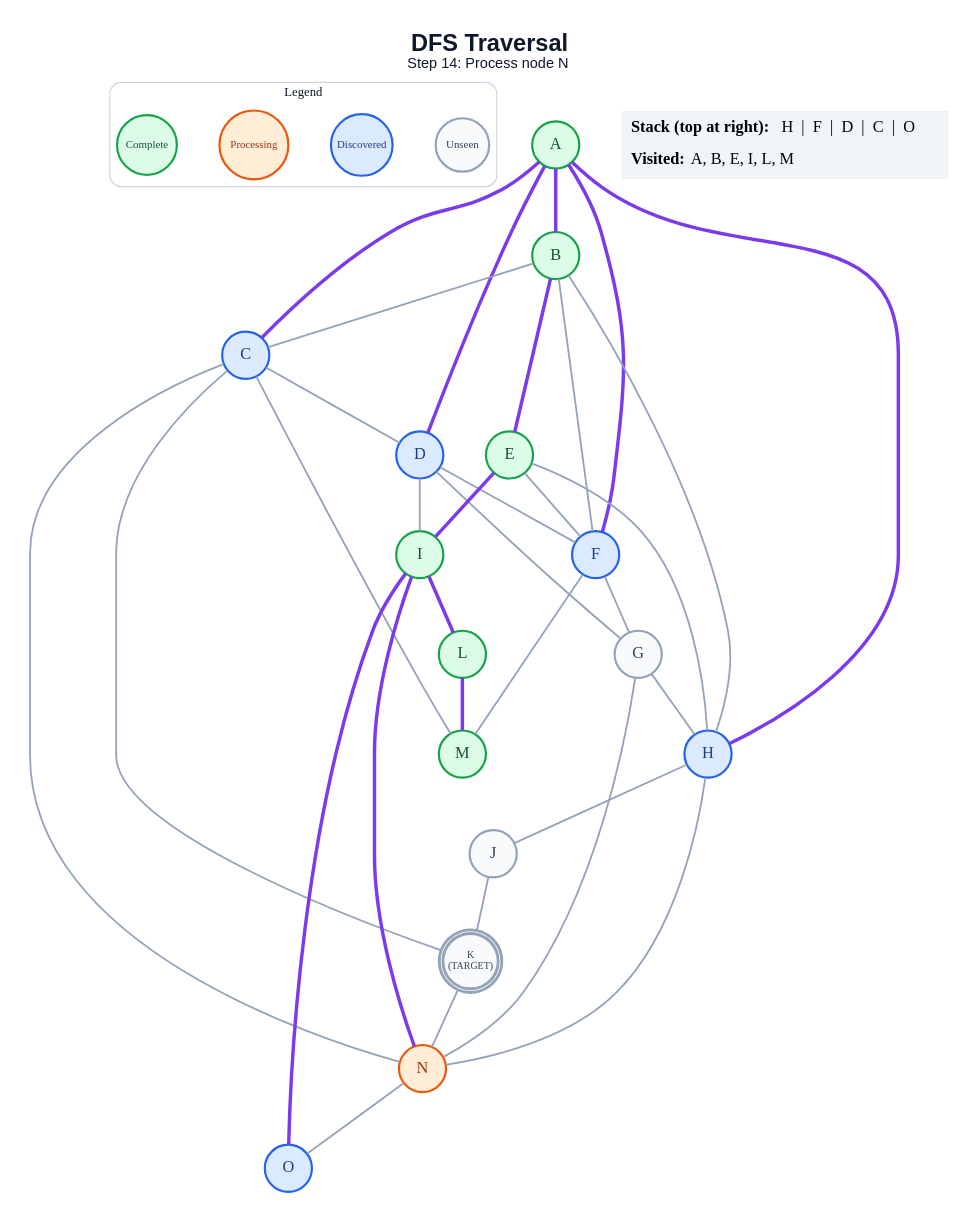
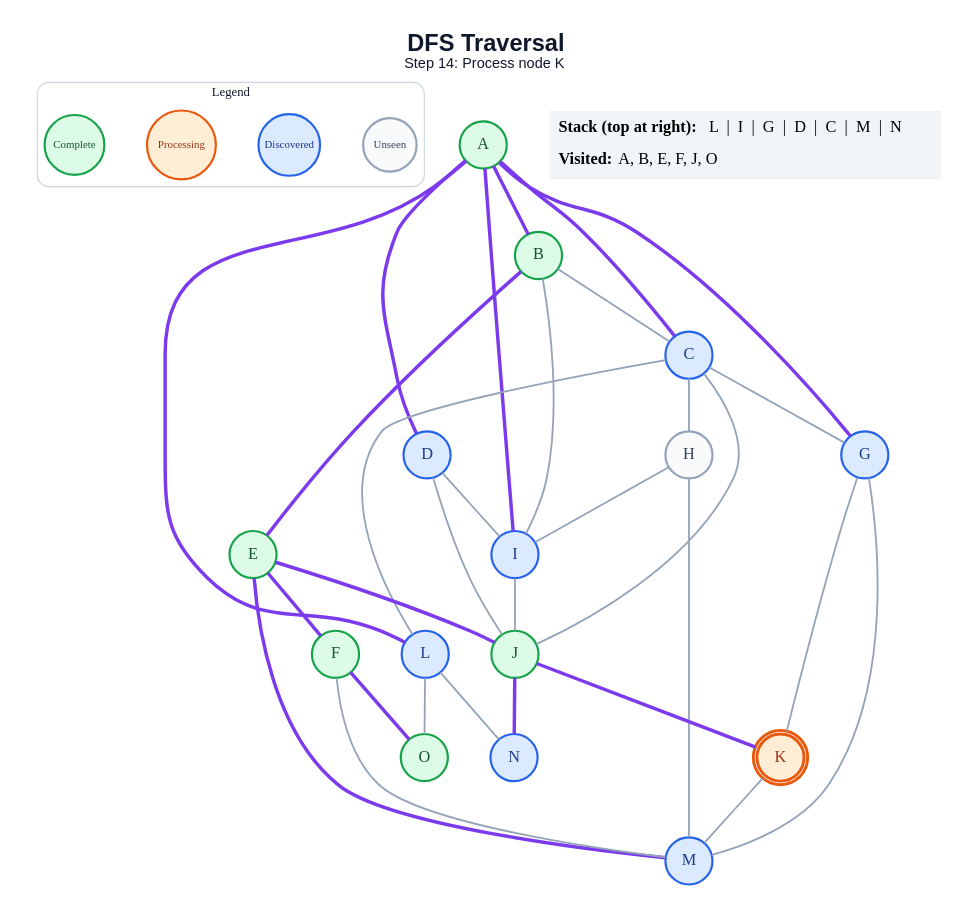
The diagram in generated/dfs/step_14.dot (anon7238593-create/ai-slop), drawn with Graphviz before and after one commit. The commit also changed 236 other files, not shown here.

```diff
--- a/generated/dfs/step_14.dot
+++ b/generated/dfs/step_14.dot
@@ -1,66 +1,64 @@
 graph traversal {
   graph [layout=dot, rankdir=TB, bgcolor="#FFFFFF", pad="0.35", nodesep="0.65", ranksep="0.8", fontname="Arial"];
   node [shape=circle, style="filled", fontname="Arial Bold", fontsize=18, width=0.72, fixedsize=true, penwidth=2.4];
   edge [color="#94A3B8", penwidth=2.0];
-  label=<<B>DFS Traversal</B><BR/><FONT POINT-SIZE="16">Step 14: Process node N</FONT>>; labelloc="t"; fontsize=26; fontname="Arial"; fontcolor="#0F172A";
+  label=<<B>DFS Traversal</B><BR/><FONT POINT-SIZE="16">Step 14: Process node K</FONT>>; labelloc="t"; fontsize=26; fontname="Arial"; fontcolor="#0F172A";
   subgraph cluster_legend { label="Legend"; color="#CBD5E1"; penwidth=1.2; style="rounded"; fontsize=14; fontname="Arial Bold";
     key_unseen [label="Unseen", fillcolor="#F8FAFC", color="#94A3B8", fontcolor="#334155", fontsize=12, width=0.82];
     key_frontier [label="Discovered", fillcolor="#DBEAFE", color="#2563EB", fontcolor="#1E3A8A", fontsize=12, width=0.95];
     key_current [label="Processing", fillcolor="#FFEDD5", color="#EA580C", fontcolor="#9A3412", fontsize=12, width=1.05];
     key_done [label="Complete", fillcolor="#DCFCE7", color="#16A34A", fontcolor="#14532D", fontsize=12, width=0.92];
     { rank=same; key_unseen; key_frontier; key_current; key_done; }
   }
   A [label="A", fillcolor="#DCFCE7", color="#16A34A", fontcolor="#14532D", peripheries=1, penwidth=2.4];
   B [label="B", fillcolor="#DCFCE7", color="#16A34A", fontcolor="#14532D", peripheries=1, penwidth=2.4];
   C [label="C", fillcolor="#DBEAFE", color="#2563EB", fontcolor="#1E3A8A", peripheries=1, penwidth=2.4];
   D [label="D", fillcolor="#DBEAFE", color="#2563EB", fontcolor="#1E3A8A", peripheries=1, penwidth=2.4];
   E [label="E", fillcolor="#DCFCE7", color="#16A34A", fontcolor="#14532D", peripheries=1, penwidth=2.4];
-  F [label="F", fillcolor="#DBEAFE", color="#2563EB", fontcolor="#1E3A8A", peripheries=1, penwidth=2.4];
-  G [label="G", fillcolor="#F8FAFC", color="#94A3B8", fontcolor="#334155", peripheries=1, penwidth=2.4];
-  H [label="H", fillcolor="#DBEAFE", color="#2563EB", fontcolor="#1E3A8A", peripheries=1, penwidth=2.4];
-  I [label="I", fillcolor="#DCFCE7", color="#16A34A", fontcolor="#14532D", peripheries=1, penwidth=2.4];
-  J [label="J", fillcolor="#F8FAFC", color="#94A3B8", fontcolor="#334155", peripheries=1, penwidth=2.4];
-  K [label="K\n(TARGET)", fillcolor="#F8FAFC", color="#94A3B8", fontcolor="#334155", peripheries=2, penwidth=3.2, fontsize=11, width=0.85, height=0.85];
-  L [label="L", fillcolor="#DCFCE7", color="#16A34A", fontcolor="#14532D", peripheries=1, penwidth=2.4];
-  M [label="M", fillcolor="#DCFCE7", color="#16A34A", fontcolor="#14532D", peripheries=1, penwidth=2.4];
-  N [label="N", fillcolor="#FFEDD5", color="#EA580C", fontcolor="#9A3412", peripheries=1, penwidth=2.4];
-  O [label="O", fillcolor="#DBEAFE", color="#2563EB", fontcolor="#1E3A8A", peripheries=1, penwidth=2.4];
+  F [label="F", fillcolor="#DCFCE7", color="#16A34A", fontcolor="#14532D", peripheries=1, penwidth=2.4];
+  G [label="G", fillcolor="#DBEAFE", color="#2563EB", fontcolor="#1E3A8A", peripheries=1, penwidth=2.4];
+  H [label="H", fillcolor="#F8FAFC", color="#94A3B8", fontcolor="#334155", peripheries=1, penwidth=2.4];
+  I [label="I", fillcolor="#DBEAFE", color="#2563EB", fontcolor="#1E3A8A", peripheries=1, penwidth=2.4];
+  J [label="J", fillcolor="#DCFCE7", color="#16A34A", fontcolor="#14532D", peripheries=1, penwidth=2.4];
+  K [label="K", fillcolor="#FFEDD5", color="#EA580C", fontcolor="#9A3412", peripheries=2, penwidth=3.2];
+  L [label="L", fillcolor="#DBEAFE", color="#2563EB", fontcolor="#1E3A8A", peripheries=1, penwidth=2.4];
+  M [label="M", fillcolor="#DBEAFE", color="#2563EB", fontcolor="#1E3A8A", peripheries=1, penwidth=2.4];
+  N [label="N", fillcolor="#DBEAFE", color="#2563EB", fontcolor="#1E3A8A", peripheries=1, penwidth=2.4];
+  O [label="O", fillcolor="#DCFCE7", color="#16A34A", fontcolor="#14532D", peripheries=1, penwidth=2.4];
   A -- B [color="#7C3AED", penwidth=3.8];
   A -- C [color="#7C3AED", penwidth=3.8];
   A -- D [color="#7C3AED", penwidth=3.8];
-  A -- F [color="#7C3AED", penwidth=3.8];
-  A -- H [color="#7C3AED", penwidth=3.8];
+  A -- G [color="#7C3AED", penwidth=3.8];
+  A -- I [color="#7C3AED", penwidth=3.8];
+  A -- L [color="#7C3AED", penwidth=3.8];
   B -- C;
   B -- E [color="#7C3AED", penwidth=3.8];
-  B -- F;
-  B -- H;
-  C -- D;
-  C -- K;
-  C -- M;
-  C -- N;
-  D -- F;
-  D -- G;
+  B -- I;
+  C -- G;
+  C -- H;
+  C -- J;
+  C -- L;
   D -- I;
-  E -- F;
-  E -- H;
-  E -- I [color="#7C3AED", penwidth=3.8];
-  F -- G;
+  D -- J;
+  E -- F [color="#7C3AED", penwidth=3.8];
+  E -- J [color="#7C3AED", penwidth=3.8];
+  E -- M [color="#7C3AED", penwidth=3.8];
   F -- M;
-  G -- H;
-  G -- N;
-  H -- J;
-  H -- N;
-  I -- L [color="#7C3AED", penwidth=3.8];
-  I -- N [color="#7C3AED", penwidth=3.8];
-  I -- O [color="#7C3AED", penwidth=3.8];
-  J -- K;
-  K -- N;
-  L -- M [color="#7C3AED", penwidth=3.8];
-  N -- O;
+  F -- O [color="#7C3AED", penwidth=3.8];
+  G -- K;
+  G -- M;
+  H -- I;
+  H -- M;
+  I -- J;
+  J -- K [color="#7C3AED", penwidth=3.8];
+  J -- N [color="#7C3AED", penwidth=3.8];
+  K -- M;
+  L -- N;
+  L -- O;
   status [shape=plain, fixedsize=false, width=0, height=0, margin=0, label=<
     <TABLE BORDER="0" CELLBORDER="0" CELLPADDING="7" BGCOLOR="#F1F5F9">
-      <TR><TD ALIGN="LEFT"><B>Stack (top at right):</B> H  |  F  |  D  |  C  |  O</TD></TR>
-      <TR><TD ALIGN="LEFT"><B>Visited:</B> A, B, E, I, L, M</TD></TR>
+      <TR><TD ALIGN="LEFT"><B>Stack (top at right):</B> L  |  I  |  G  |  D  |  C  |  M  |  N</TD></TR>
+      <TR><TD ALIGN="LEFT"><B>Visited:</B> A, B, E, F, J, O</TD></TR>
     </TABLE>
   >];
 }
```
